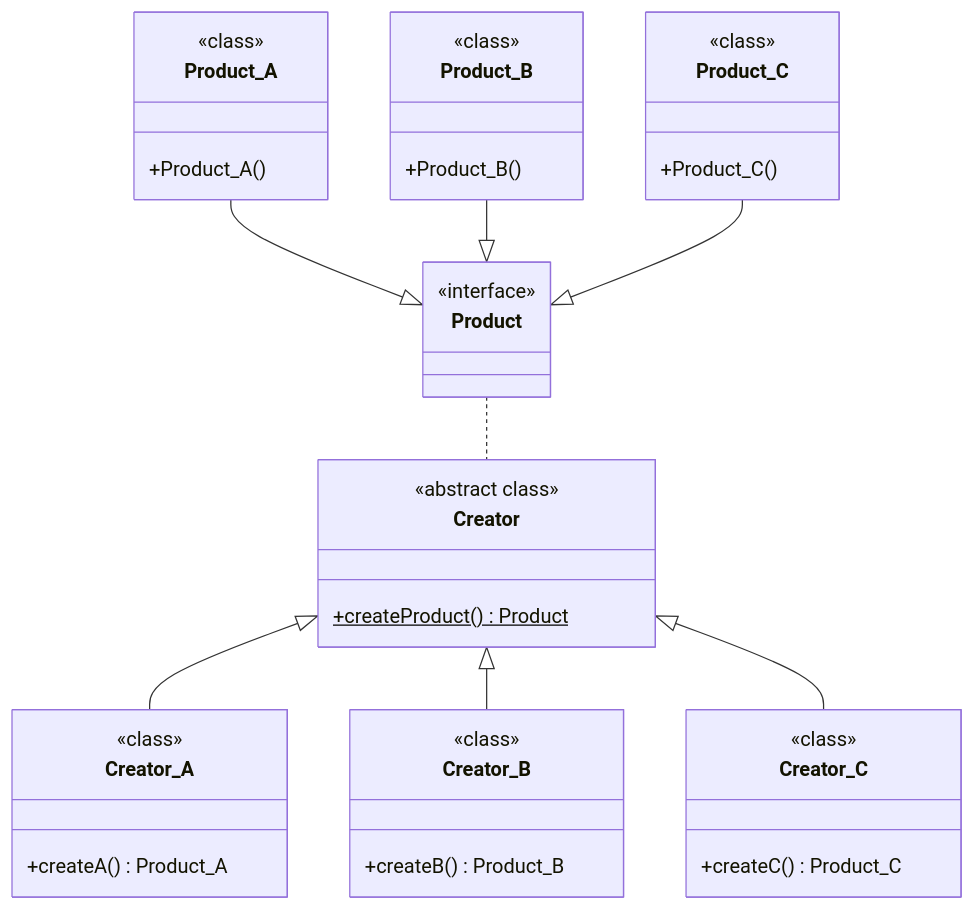
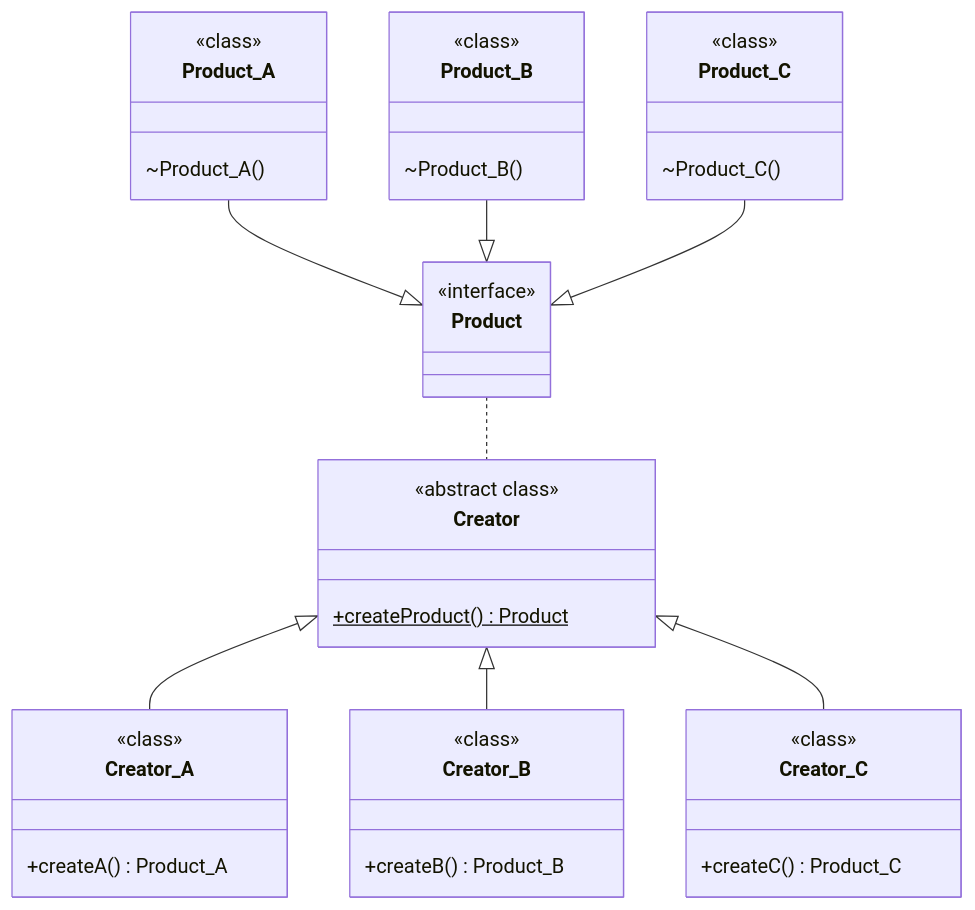
The diagram in Programming/Patterns/data/FactoryMethod.md (angelromarco04/MyNotes), drawn with Mermaid before and after one commit. The commit also changed other lines of this file, not shown here.

````diff
--- a/Programming/Patterns/data/FactoryMethod.md
+++ b/Programming/Patterns/data/FactoryMethod.md
@@ -27,51 +28,51 @@
 ```mermaid
 classDiagram
 direction TB
 Product_A --|> Product
 Product_B --|> Product
 Product_C --|> Product
 Product .. Creator
 Creator <|-- Creator_A
 Creator <|-- Creator_B
 Creator <|-- Creator_C
 
 class Product {
 	<<interface>>
 }
 
 class Product_A {
 	<<class>>
-	+Product_A()
+	~Product_A()
 }
 
 class Product_B {
 	<<class>>
-	+Product_B()
+	~Product_B()
 }
 
 class Product_C {
 	<<class>>
-	+Product_C()
+	~Product_C()
 }
 
 class Creator {
 	<<abstract class>>
 	+createProduct() Product$
 }
 
 class Creator_A {
 	<<class>>
 	+createA() Product_A
 }
 
 class Creator_B {
 	<<class>>
 	+createB() Product_B
 }
 
 class Creator_C {
 	<<class>>
 	+createC() Product_C
 }
 
 ```
````
